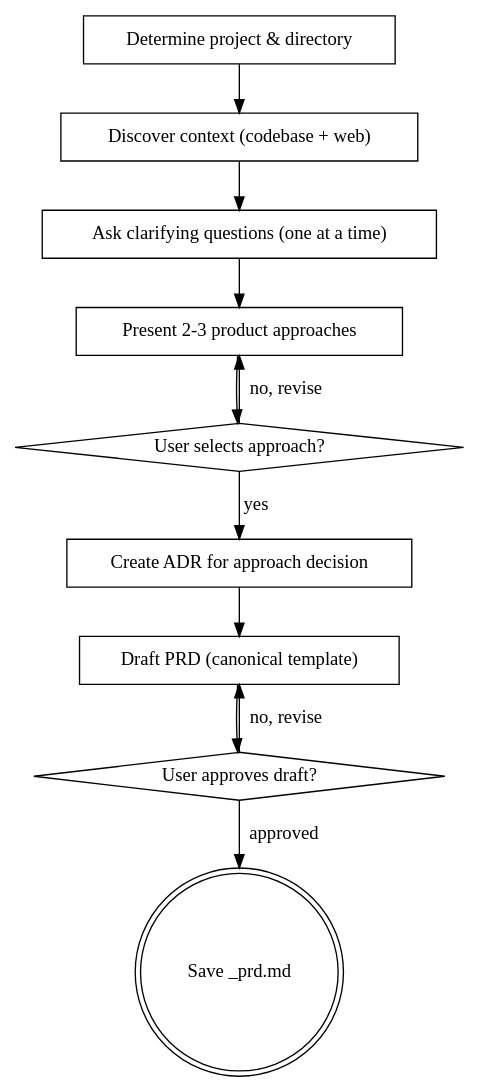
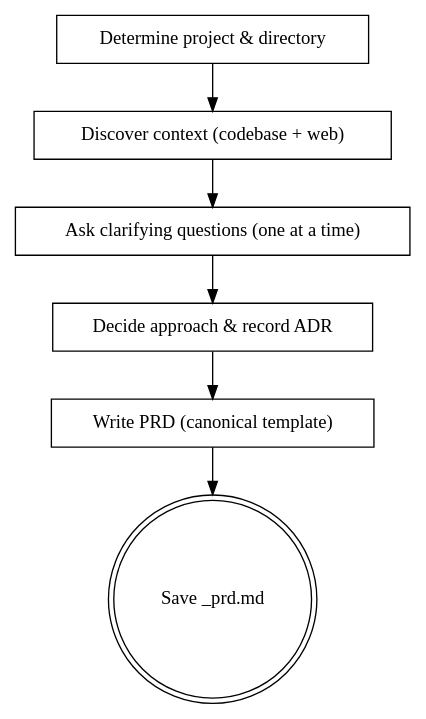
One commit to joaovic/mat changed the diagram in .agents/skills/cy-create-prd/SKILL.md. Above: the diagram before and after it, drawn with Graphviz. The commit also changed other lines of this file and 42 other files, not shown here.

````diff
--- a/.agents/skills/cy-create-prd/SKILL.md
+++ b/.agents/skills/cy-create-prd/SKILL.md
@@ -143,24 +128,16 @@
 ```dot
 digraph create_prd {
     "Determine project & directory" [shape=box];
     "Discover context (codebase + web)" [shape=box];
     "Ask clarifying questions (one at a time)" [shape=box];
-    "Present 2-3 product approaches" [shape=box];
-    "User selects approach?" [shape=diamond];
-    "Create ADR for approach decision" [shape=box];
-    "Draft PRD (canonical template)" [shape=box];
-    "User approves draft?" [shape=diamond];
+    "Decide approach & record ADR" [shape=box];
+    "Write PRD (canonical template)" [shape=box];
     "Save _prd.md" [shape=doublecircle];
 
     "Determine project & directory" -> "Discover context (codebase + web)";
     "Discover context (codebase + web)" -> "Ask clarifying questions (one at a time)";
-    "Ask clarifying questions (one at a time)" -> "Present 2-3 product approaches";
-    "Present 2-3 product approaches" -> "User selects approach?";
-    "User selects approach?" -> "Present 2-3 product approaches" [label="no, revise"];
-    "User selects approach?" -> "Create ADR for approach decision" [label="yes"];
-    "Create ADR for approach decision" -> "Draft PRD (canonical template)";
-    "Draft PRD (canonical template)" -> "User approves draft?";
-    "User approves draft?" -> "Draft PRD (canonical template)" [label="no, revise"];
-    "User approves draft?" -> "Save _prd.md" [label="approved"];
+    "Ask clarifying questions (one at a time)" -> "Decide approach & record ADR";
+    "Decide approach & record ADR" -> "Write PRD (canonical template)";
+    "Write PRD (canonical template)" -> "Save _prd.md";
 }
 ```
````
